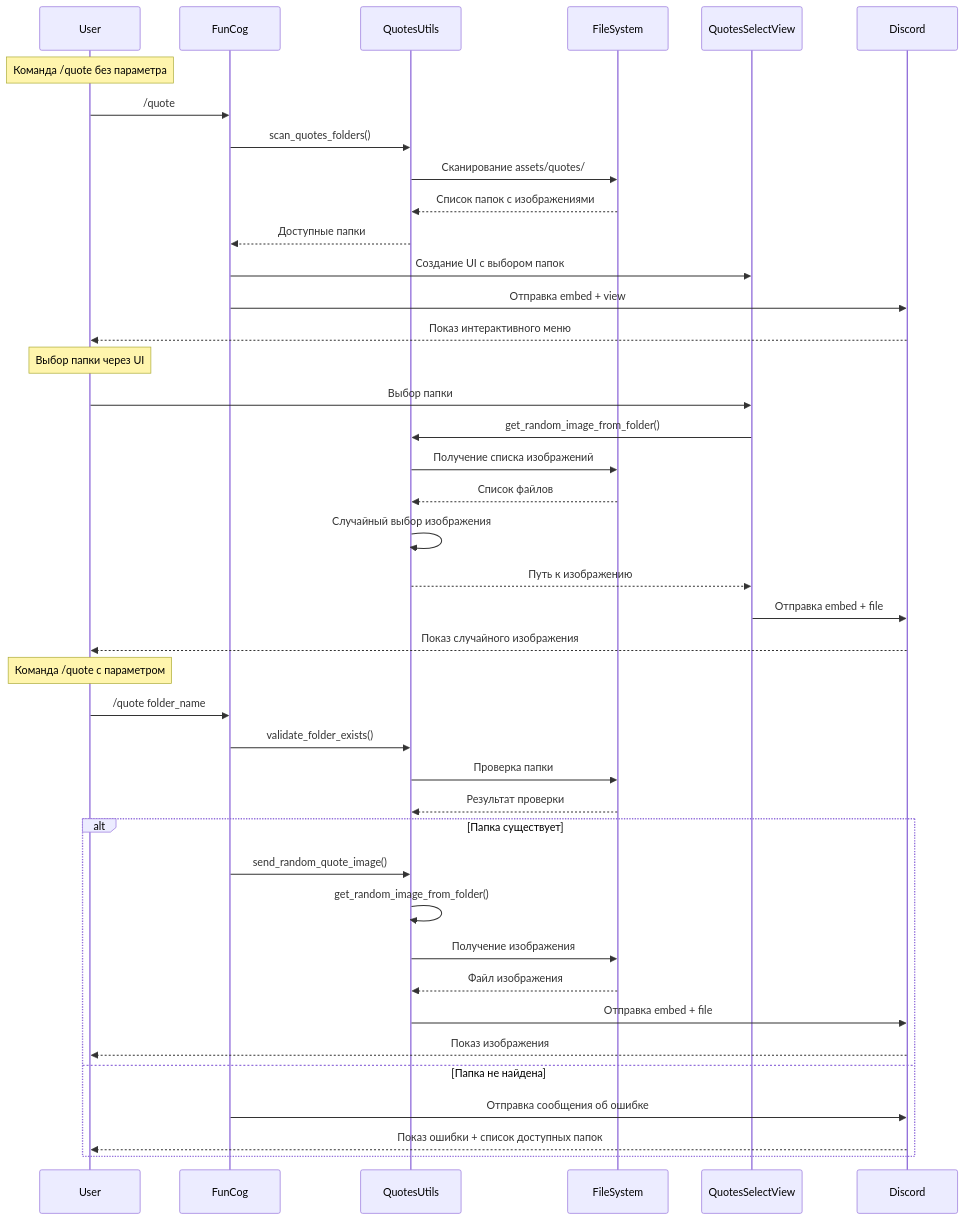
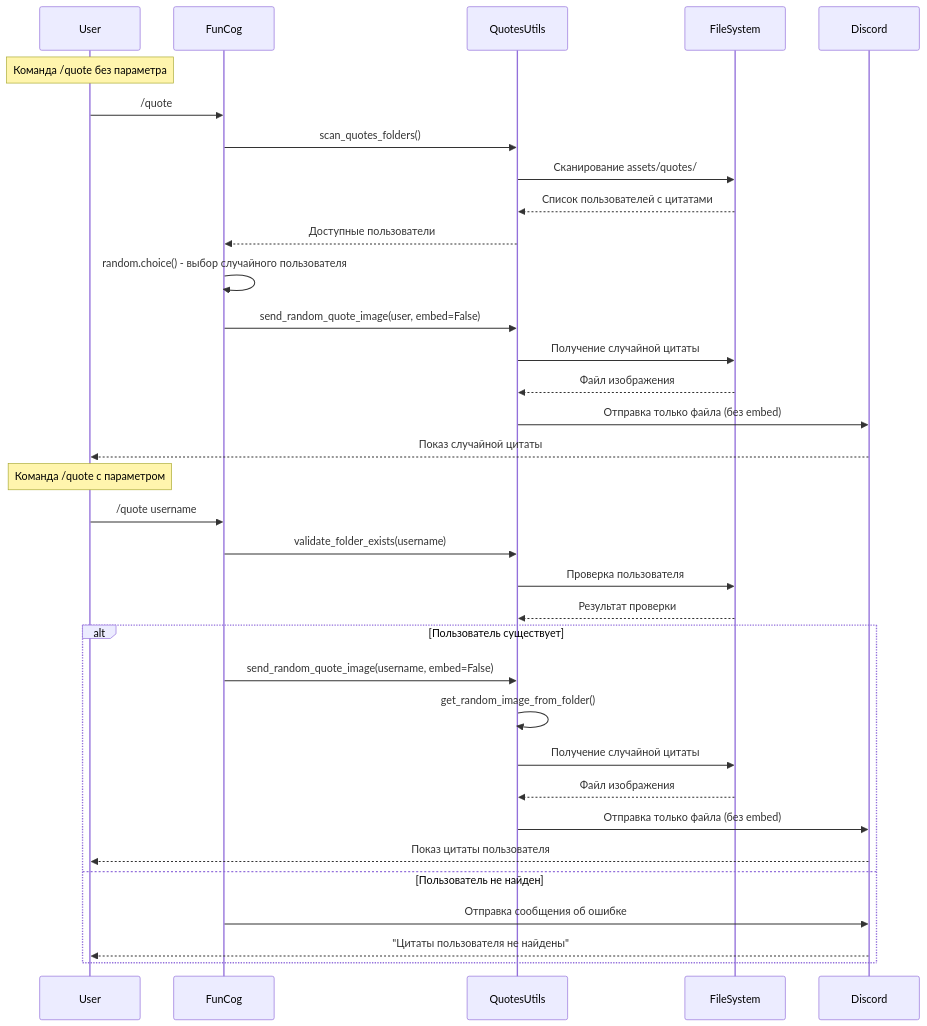
Before and after one commit to Twinlab/pd_bot: the fifth of 10 diagrams in docs/ARCHITECTURE.md, drawn with Mermaid. The commit also changed 5 other files, not shown here.

First line of the commit message:
refactor: переделана команда /quote под новую логику цитат пользователей

````diff
--- a/docs/ARCHITECTURE.md
+++ b/docs/ARCHITECTURE.md
@@ -117,46 +117,38 @@
 ```mermaid
 sequenceDiagram
     participant User
     participant FunCog
     participant QuotesUtils
     participant FileSystem
-    participant QuotesSelectView
     participant Discord
 
     Note over User: Команда /quote без параметра
     User->>FunCog: /quote
     FunCog->>QuotesUtils: scan_quotes_folders()
     QuotesUtils->>FileSystem: Сканирование assets/quotes/
-    FileSystem-->>QuotesUtils: Список папок с изображениями
-    QuotesUtils-->>FunCog: Доступные папки
-    FunCog->>QuotesSelectView: Создание UI с выбором папок
-    FunCog->>Discord: Отправка embed + view
-    Discord-->>User: Показ интерактивного меню
-
-    Note over User: Выбор папки через UI
-    User->>QuotesSelectView: Выбор папки
-    QuotesSelectView->>QuotesUtils: get_random_image_from_folder()
-    QuotesUtils->>FileSystem: Получение списка изображений
-    FileSystem-->>QuotesUtils: Список файлов
-    QuotesUtils->>QuotesUtils: Случайный выбор изображения
-    QuotesUtils-->>QuotesSelectView: Путь к изображению
-    QuotesSelectView->>Discord: Отправка embed + file
-    Discord-->>User: Показ случайного изображения
+    FileSystem-->>QuotesUtils: Список пользователей с цитатами
+    QuotesUtils-->>FunCog: Доступные пользователи
+    FunCog->>FunCog: random.choice() - выбор случайного пользователя
+    FunCog->>QuotesUtils: send_random_quote_image(user, embed=False)
+    QuotesUtils->>FileSystem: Получение случайной цитаты
+    FileSystem-->>QuotesUtils: Файл изображения
+    QuotesUtils->>Discord: Отправка только файла (без embed)
+    Discord-->>User: Показ случайной цитаты
 
     Note over User: Команда /quote с параметром
-    User->>FunCog: /quote folder_name
-    FunCog->>QuotesUtils: validate_folder_exists()
-    QuotesUtils->>FileSystem: Проверка папки
+    User->>FunCog: /quote username
+    FunCog->>QuotesUtils: validate_folder_exists(username)
+    QuotesUtils->>FileSystem: Проверка пользователя
     FileSystem-->>QuotesUtils: Результат проверки
-    alt Папка существует
-        FunCog->>QuotesUtils: send_random_quote_image()
+    alt Пользователь существует
+        FunCog->>QuotesUtils: send_random_quote_image(username, embed=False)
         QuotesUtils->>QuotesUtils: get_random_image_from_folder()
-        QuotesUtils->>FileSystem: Получение изображения
+        QuotesUtils->>FileSystem: Получение случайной цитаты
         FileSystem-->>QuotesUtils: Файл изображения
-        QuotesUtils->>Discord: Отправка embed + file
-        Discord-->>User: Показ изображения
-    else Папка не найдена
+        QuotesUtils->>Discord: Отправка только файла (без embed)
+        Discord-->>User: Показ цитаты пользователя
+    else Пользователь не найден
         FunCog->>Discord: Отправка сообщения об ошибке
-        Discord-->>User: Показ ошибки + список доступных папок
+        Discord-->>User: "Цитаты пользователя не найдены"
     end
 ```
````
